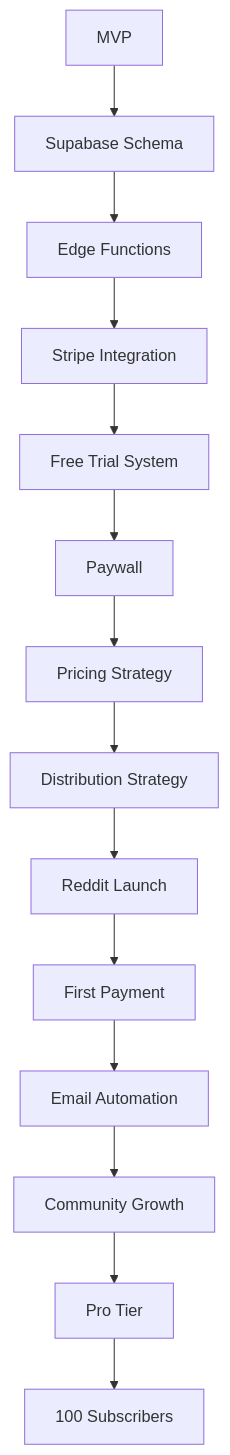
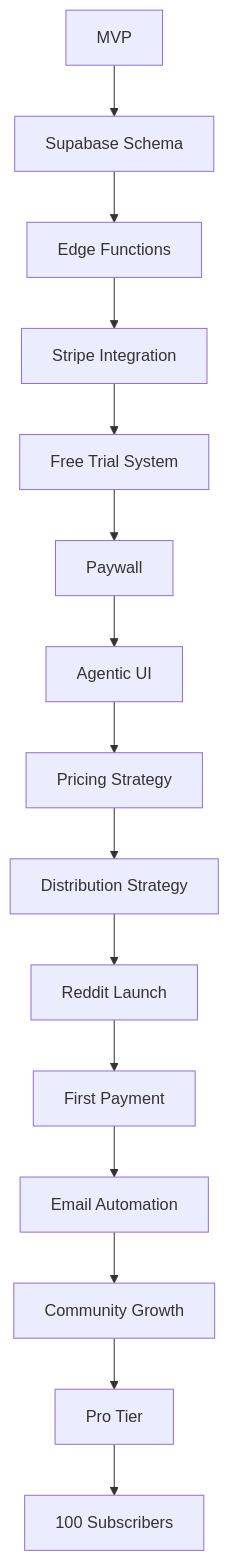
Before and after one commit to UMwai/um-biotech-catalyst-radar: the diagram in specs/ROADMAP.md, drawn with Mermaid. The commit also changed other lines of this file and 34 other files, not shown here.

````diff
--- a/specs/ROADMAP.md
+++ b/specs/ROADMAP.md
@@ -279,16 +317,17 @@
 ```mermaid
 graph TD
     A[MVP] --> B[Supabase Schema]
     B --> C[Edge Functions]
     C --> D[Stripe Integration]
     D --> E[Free Trial System]
     E --> F[Paywall]
-    F --> G[Pricing Strategy]
-    G --> H[Distribution Strategy]
-    H --> I[Reddit Launch]
-    I --> J[First Payment]
-    J --> K[Email Automation]
-    K --> L[Community Growth]
-    L --> M[Pro Tier]
-    M --> N[100 Subscribers]
+    F --> G[Agentic UI]
+    G --> H[Pricing Strategy]
+    H --> I[Distribution Strategy]
+    I --> J[Reddit Launch]
+    J --> K[First Payment]
+    K --> L[Email Automation]
+    L --> M[Community Growth]
+    M --> N[Pro Tier]
+    N --> O[100 Subscribers]
 ```
````
